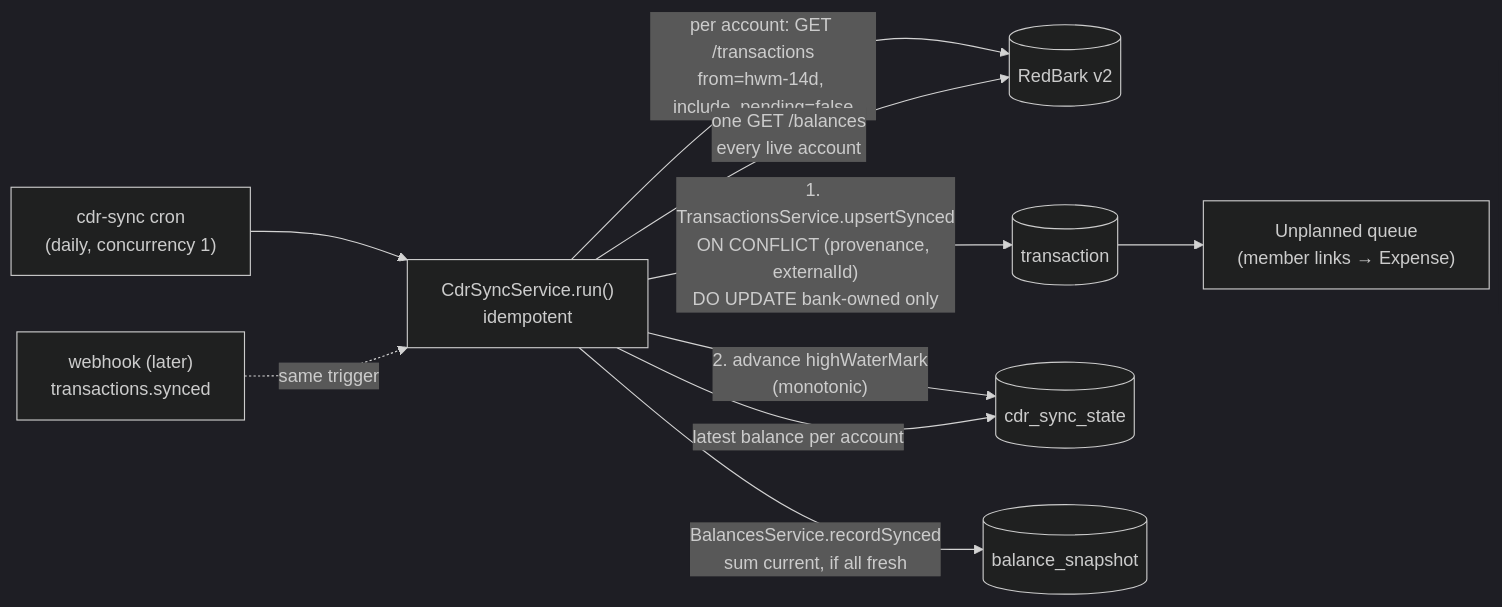
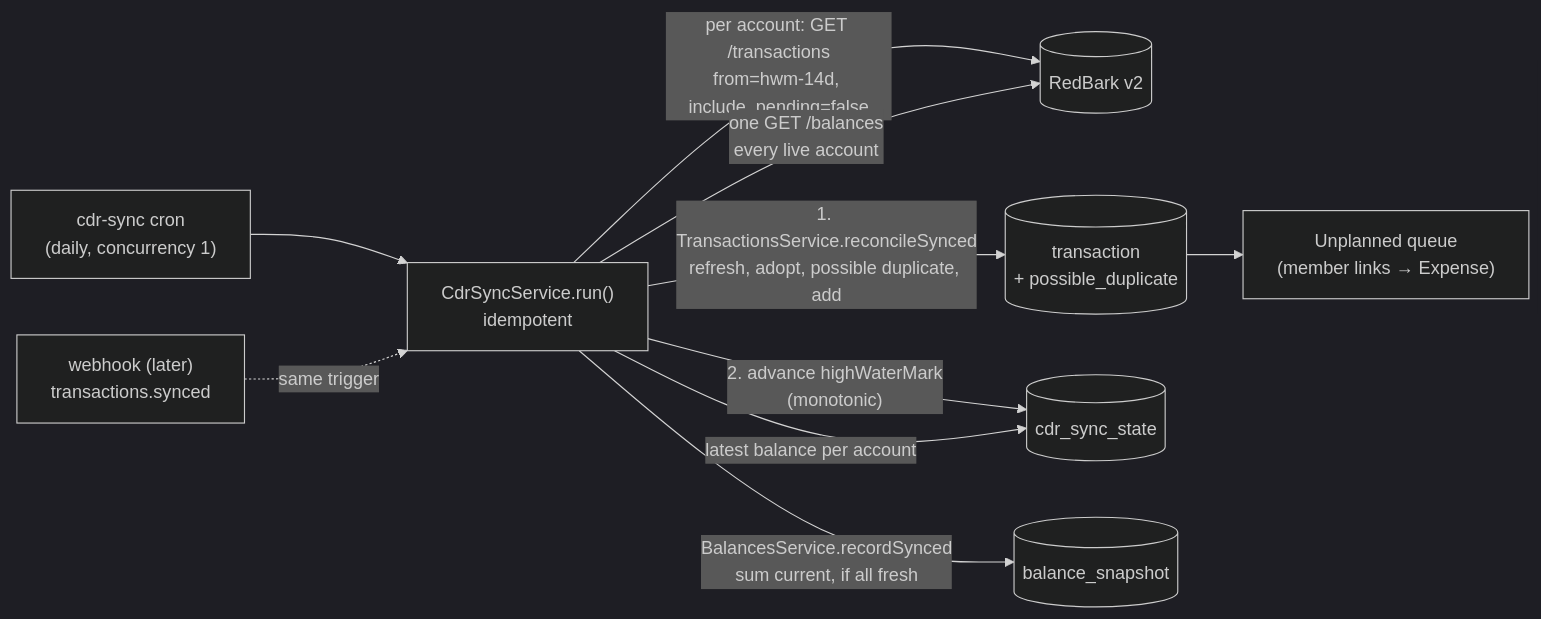
The diagram in docs/adr/adr017-external-transaction-sync-via-cdr-redbark.md (samjmarshall/personal-finance), drawn with Mermaid (dark theme) before and after one commit. The commit also changed other lines of this file and 2 other files, not shown here.

Commit message:
docs: add adopt and possible duplicate, tick stage 7 phase 7

````diff
--- a/docs/adr/adr017-external-transaction-sync-via-cdr-redbark.md
+++ b/docs/adr/adr017-external-transaction-sync-via-cdr-redbark.md
@@ -99,12 +108,12 @@
 ```mermaid
 flowchart LR
   cron["cdr-sync cron<br/>(daily, concurrency 1)"] --> svc["CdrSyncService.run()<br/>idempotent"]
   wh["webhook (later)<br/>transactions.synced"] -. same trigger .-> svc
   svc -->|"per account: GET /transactions<br/>from=hwm-14d, include_pending=false"| rb[("RedBark v2")]
   svc -->|"one GET /balances<br/>every live account"| rb
-  svc -->|"1. TransactionsService.upsertSynced<br/>ON CONFLICT (provenance, externalId)<br/>DO UPDATE bank-owned only"| tx[("transaction")]
+  svc -->|"1. TransactionsService.reconcileSynced<br/>refresh, adopt, possible duplicate, add"| tx[("transaction<br/>+ possible_duplicate")]
   svc -->|"2. advance highWaterMark<br/>(monotonic)"| st[("cdr_sync_state")]
   svc -->|"latest balance per account"| st
   svc -->|"BalancesService.recordSynced<br/>sum current, if all fresh"| bal[("balance_snapshot")]
   tx --> unplanned["Unplanned queue<br/>(member links → Expense)"]
 ```
````
